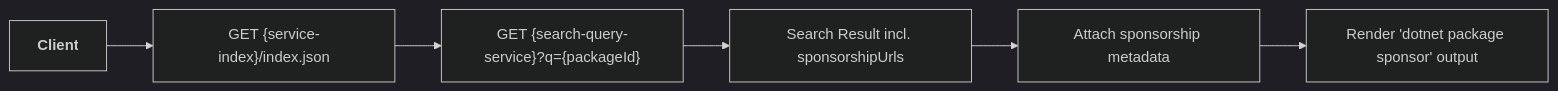
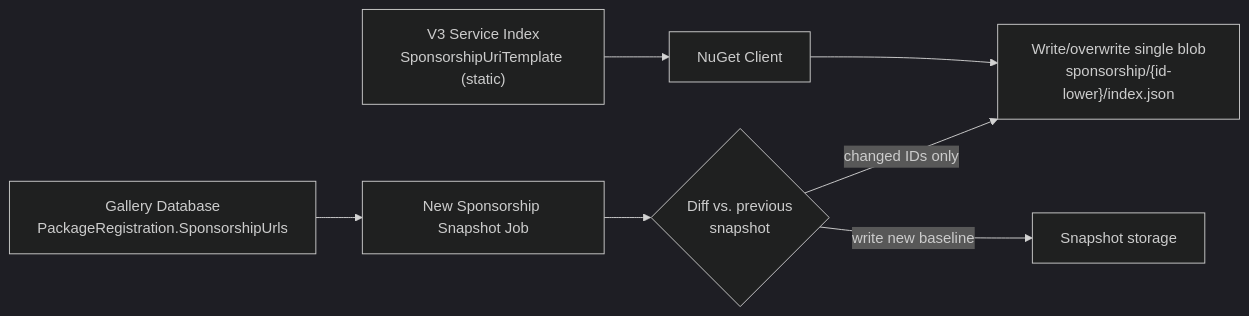
Before and after one commit to NuGet/Home: the third of 4 diagrams in accepted/2026/sponsorship-Technical-Spec.md, drawn with Mermaid (dark theme). The commit also changed other lines of this file, not shown here.

Commit message:
full update of spec to reflect only server side changes

````diff
--- a/accepted/2026/sponsorship-Technical-Spec.md
+++ b/accepted/2026/sponsorship-Technical-Spec.md
@@ -166,9 +168,9 @@
 ```mermaid
 flowchart LR
-    A["<b>Client</b>"]
-    A --> B["GET {service-index}/index.json"]
-    B --> C["GET {search-query-service}?q={packageId}"]
-    C --> D["Search Result incl. sponsorshipUrls"]
-    D --> E["Attach sponsorship metadata"]
-    E --> F["Render 'dotnet package sponsor' output"]
+    A["Gallery Database\nPackageRegistration.SponsorshipUrls"] --> B["New Sponsorship Snapshot Job"]
+    B --> C{"Diff vs. previous\nsnapshot"}
+    C -->|changed IDs only| D["Write/overwrite single blob\nsponsorship/{id-lower}/index.json"]
+    C -->|write new baseline| E["Snapshot storage"]
+    F["V3 Service Index\nSponsorshipUriTemplate (static)"] --> G["NuGet Client"]
+    G --> D
 ```
````
